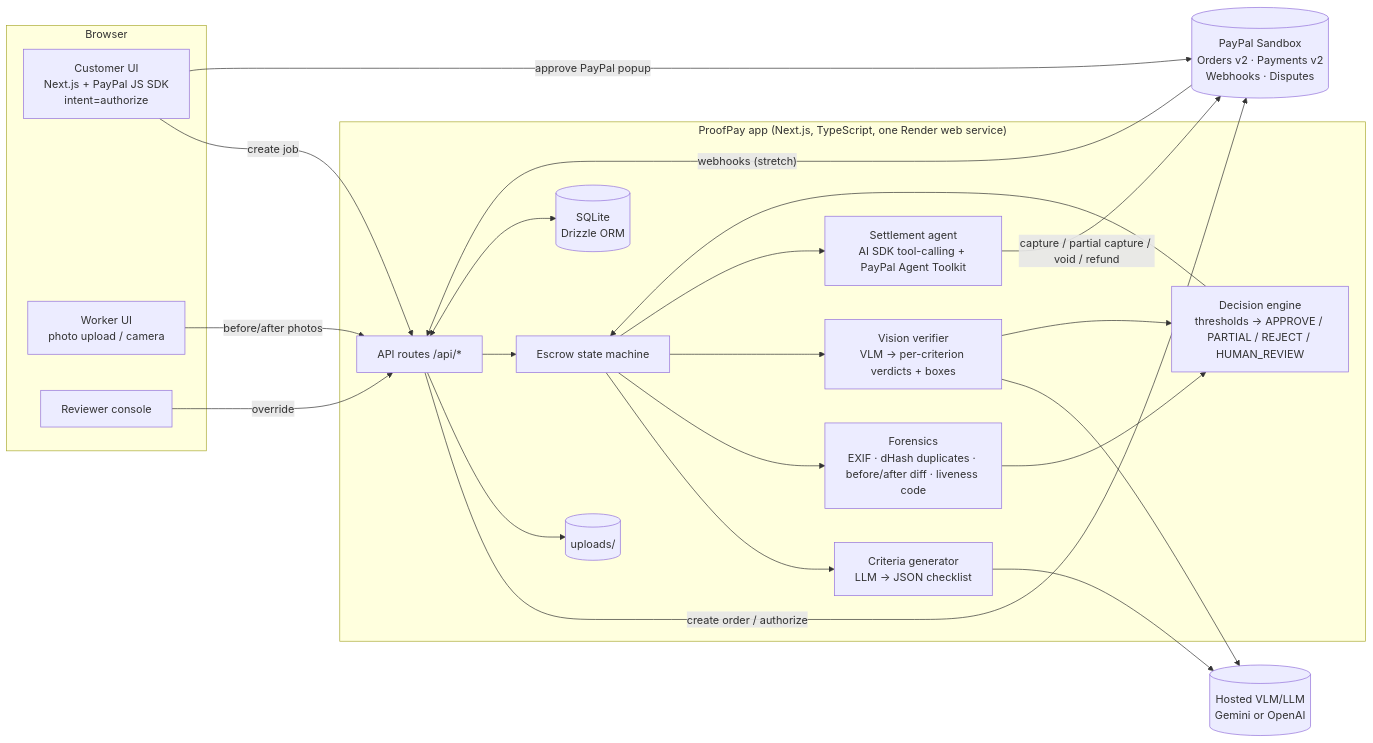
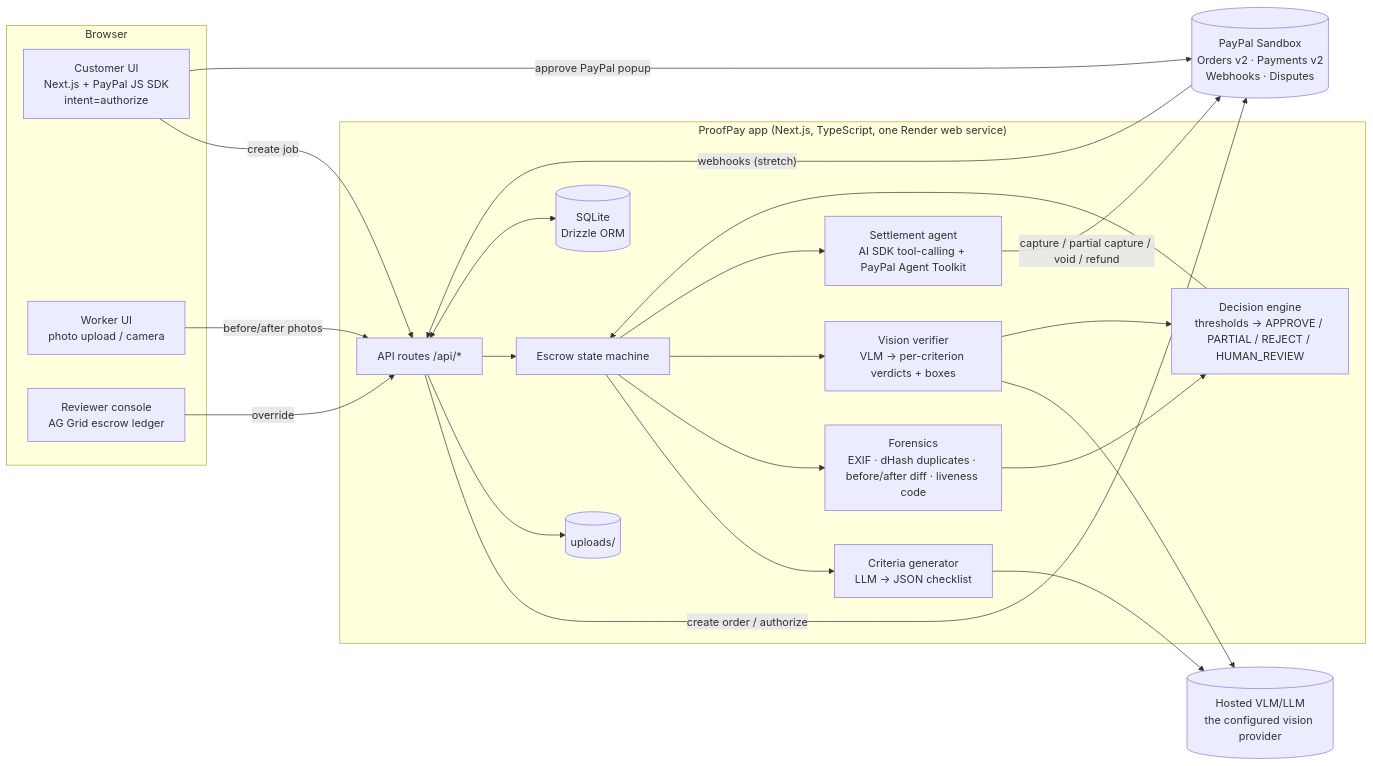
One commit to adarsh-nl/proofpay changed the diagram in README.md. Above: the diagram before and after it, drawn with Mermaid. The commit also changed other lines of this file and 13 other files, not shown here.

````diff
--- a/README.md
+++ b/README.md
@@ -25,39 +25,39 @@
 ```mermaid
 flowchart LR
   subgraph Browser
     C[Customer UI<br/>Next.js + PayPal JS SDK<br/>intent=authorize]
     W[Worker UI<br/>photo upload / camera]
-    R[Reviewer console]
+    R[Reviewer console<br/>AG Grid escrow ledger]
   end
 
   subgraph "ProofPay app (Next.js, TypeScript, one Render web service)"
     API[API routes /api/*]
     ESC[Escrow state machine]
     CRIT[Criteria generator<br/>LLM → JSON checklist]
     VIS[Vision verifier<br/>VLM → per-criterion verdicts + boxes]
     FOR[Forensics<br/>EXIF · dHash duplicates · before/after diff · liveness code]
     DEC[Decision engine<br/>thresholds → APPROVE / PARTIAL / REJECT / HUMAN_REVIEW]
     AG[Settlement agent<br/>AI SDK tool-calling + PayPal Agent Toolkit]
     DB[(SQLite<br/>Drizzle ORM)]
     FS[(uploads/)]
   end
 
   PP[(PayPal Sandbox<br/>Orders v2 · Payments v2<br/>Webhooks · Disputes)]
-  LLM[(Hosted VLM/LLM<br/>Gemini or OpenAI)]
+  LLM[(Hosted VLM/LLM<br/>the configured vision provider)]
 
   C -->|create job| API
   C -->|approve PayPal popup| PP
   API -->|create order / authorize| PP
   W -->|before/after photos| API --> FS
   API --> ESC
   ESC --> CRIT --> LLM
   ESC --> FOR
   ESC --> VIS --> LLM
   FOR --> DEC
   VIS --> DEC --> ESC
   ESC --> AG
   AG -->|capture / partial capture / void / refund| PP
   R -->|override| API
   PP -->|"webhooks (stretch)"| API
   API <--> DB
 ```
````
